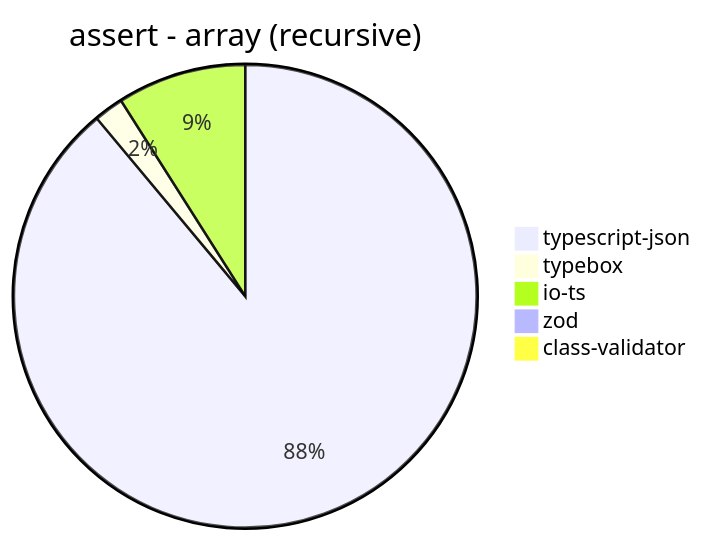
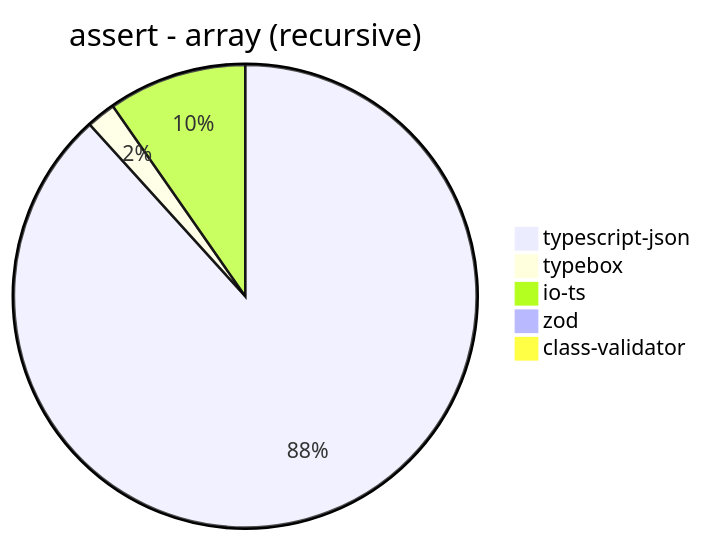
Before and after one commit to samchon/typia: diagram 13 of 39 in benchmark/results/11th Gen Intel(R) Core(TM) i5-1135G7 @ 2.40GHz.md, drawn with Mermaid. The commit also changed other lines of this file and 7 other files, not shown here.

````diff
--- a/benchmark/results/11th Gen Intel(R) Core(TM) i5-1135G7 @ 2.40GHz.md
+++ b/benchmark/results/11th Gen Intel(R) Core(TM) i5-1135G7 @ 2.40GHz.md
@@ -166,8 +166,8 @@
 ```mermaid
 pie title assert - array (recursive)
-  "typescript-json": 1496.1313455368936
-  "typebox": 34.68208092485549
-  "io-ts": 151.48830616583982
-  "zod": 9.292622795372655
-  "class-validator": 3.3764772087788404
+  "typescript-json": 1489.707271010387
+  "typebox": 34.368070953436806
+  "io-ts": 163.3370329263781
+  "zod": 8.869179600886918
+  "class-validator": 3.411028993746447
 ```
````
